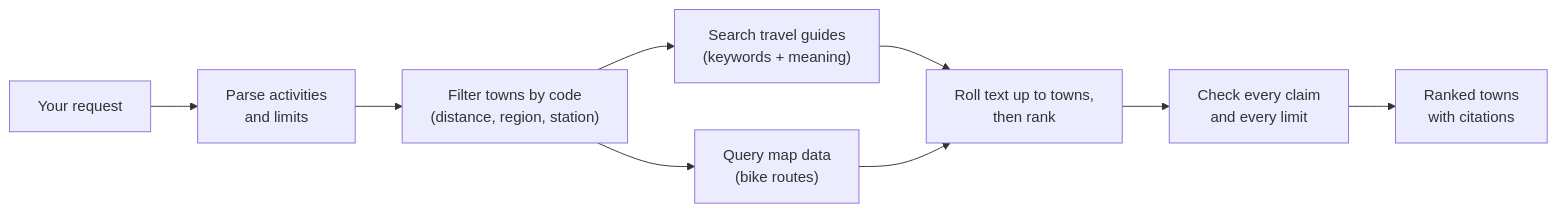
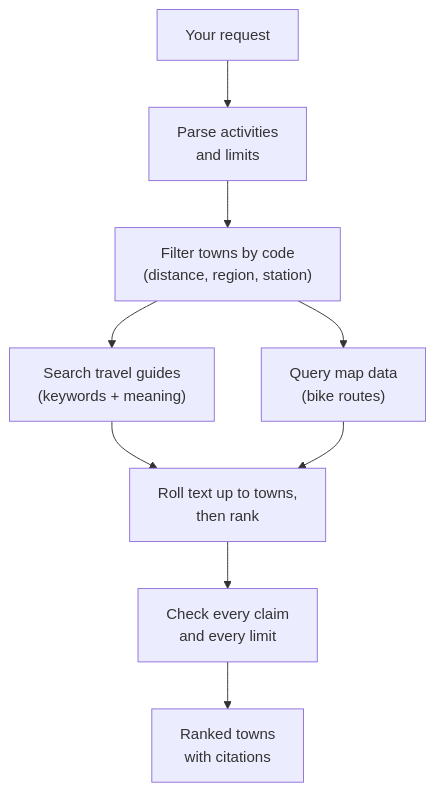
Before and after one commit to amadeuszi/waymark: the diagram in README.md, drawn with Mermaid. The commit also changed other lines of this file, not shown here.

Commit message:
README: phone-friendly sketch, vertical diagram, gloss eval set

````diff
--- a/README.md
+++ b/README.md
@@ -58,11 +66,11 @@
 ```mermaid
-flowchart LR
+flowchart TD
     Q["Your request"] --> P["Parse activities<br/>and limits"]
     P --> F["Filter towns by code<br/>(distance, region, station)"]
     F --> T["Search travel guides<br/>(keywords + meaning)"]
     F --> G["Query map data<br/>(bike routes)"]
     T --> R["Roll text up to towns,<br/>then rank"]
     G --> R
     R --> C["Check every claim<br/>and every limit"]
     C --> A["Ranked towns<br/>with citations"]
 ```
````
